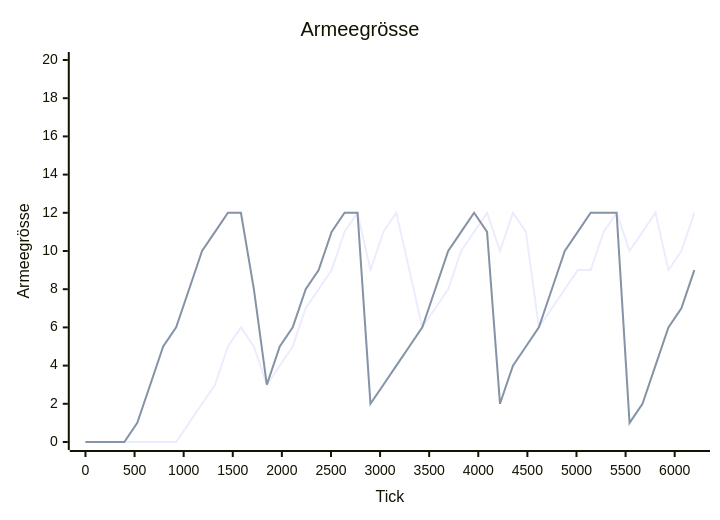
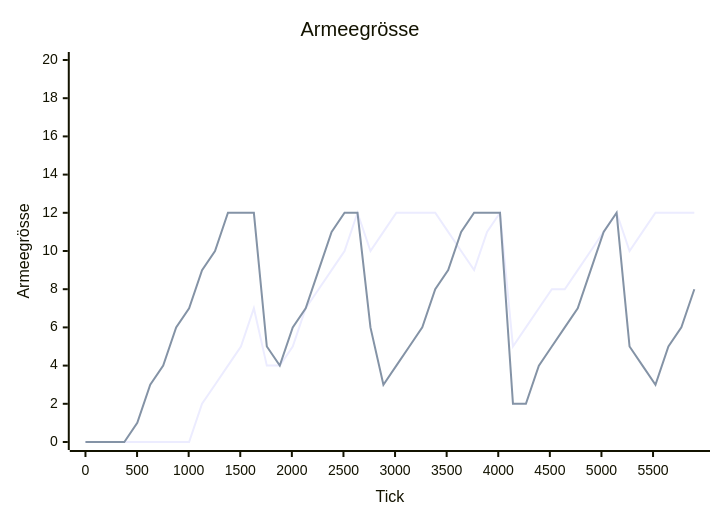
The second of 4 diagrams in tools/Nova.AiLab/reports/latest.md (arn-c0de/Project_Nova), drawn with Mermaid before and after one commit. The commit also changed other lines of this file and 272 other files, not shown here.

````diff
--- a/tools/Nova.AiLab/reports/latest.md
+++ b/tools/Nova.AiLab/reports/latest.md
@@ -60,8 +60,8 @@
 ```mermaid
 xychart-beta
     title "Armeegrösse"
-    x-axis "Tick" 0 --> 6200
+    x-axis "Tick" 0 --> 5900
     y-axis "Armeegrösse" 0 --> 20
-    line [0, 0, 0, 0, 0, 0, 0, 0, 1, 2, 3, 5, 6, 5, 3, 4, 5, 7, 8, 9, 11, 12, 9, 11, 12, 9, 6, 7, 8, 10, 11, 12, 10, 12, 11, 6, 7, 8, 9, 9, 11, 12, 10, 11, 12, 9, 10, 12]
-    line [0, 0, 0, 0, 1, 3, 5, 6, 8, 10, 11, 12, 12, 8, 3, 5, 6, 8, 9, 11, 12, 12, 2, 3, 4, 5, 6, 8, 10, 11, 12, 11, 2, 4, 5, 6, 8, 10, 11, 12, 12, 12, 1, 2, 4, 6, 7, 9]
+    line [0, 0, 0, 0, 0, 0, 0, 0, 0, 2, 3, 4, 5, 7, 4, 4, 5, 7, 8, 9, 10, 12, 10, 11, 12, 12, 12, 12, 11, 10, 9, 11, 12, 5, 6, 7, 8, 8, 9, 10, 11, 12, 10, 11, 12, 12, 12, 12]
+    line [0, 0, 0, 0, 1, 3, 4, 6, 7, 9, 10, 12, 12, 12, 5, 4, 6, 7, 9, 11, 12, 12, 6, 3, 4, 5, 6, 8, 9, 11, 12, 12, 12, 2, 2, 4, 5, 6, 7, 9, 11, 12, 5, 4, 3, 5, 6, 8]
 ```
````
